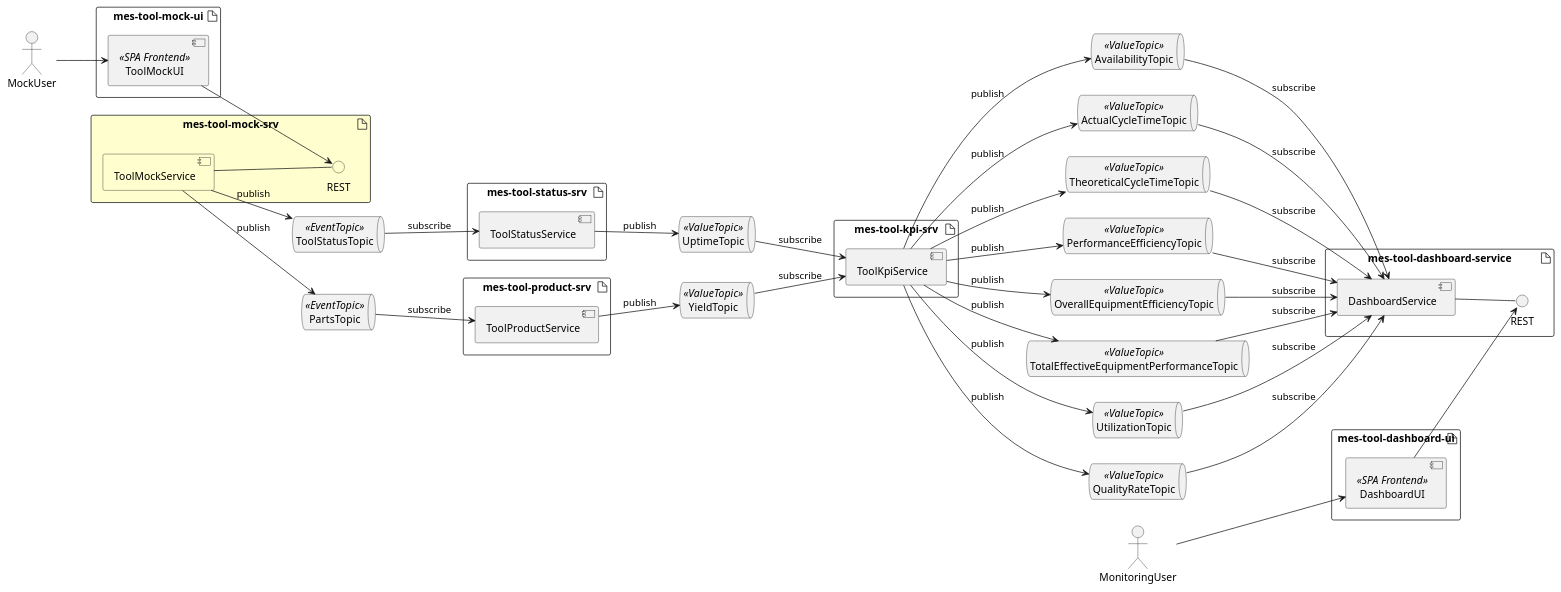
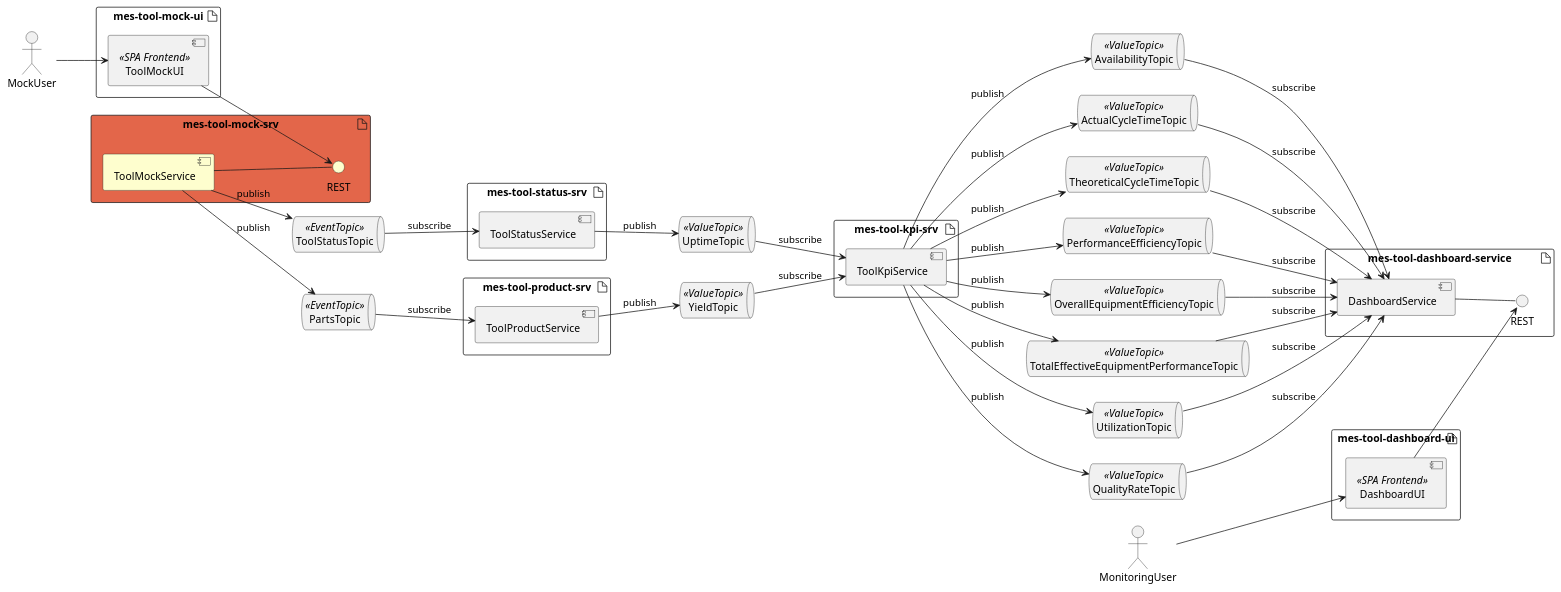
Before and after one commit to onouv/mes-tool-mock-srv: the diagram in doc/domain/deployment.puml, drawn with PlantUML.

```diff
--- a/doc/domain/deployment.puml
+++ b/doc/domain/deployment.puml
@@ -1,92 +1,92 @@
 @startuml
 left to right direction
 
 artifact "mes-tool-mock-ui" {
     component ToolMockUI <<SPA Frontend>>
 
 }
 
-artifact "mes-tool-mock-srv" #FEFECE {
+artifact "mes-tool-mock-srv" #E3664A {
     component ToolMockService #FEFECE
     interface REST as rest2 #FEFECE
     ToolMockService -- rest2
 }
 
 actor MockUser
 
 queue ToolStatusTopic <<EventTopic>>
 queue PartsTopic <<EventTopic>>
 queue UptimeTopic <<ValueTopic>>
 queue YieldTopic <<ValueTopic>>
 
 artifact "mes-tool-status-srv" {
     component ToolStatusService
 }
 
 artifact "mes-tool-product-srv" {
     component ToolProductService
 }
 
 artifact "mes-tool-kpi-srv" {
     component ToolKpiService
 }
 
 artifact "mes-tool-dashboard-service" {
     component DashboardService
 
     interface REST as rest3
     DashboardService -- rest3
 }
 
 artifact "mes-tool-dashboard-ui" {
     component DashboardUI <<SPA Frontend>>
 }
 
 actor MonitoringUser
 
 queue AvailabilityTopic <<ValueTopic>>
 queue ActualCycleTimeTopic <<ValueTopic>>
 queue TheoreticalCycleTimeTopic <<ValueTopic>>
 queue PerformanceEfficiencyTopic <<ValueTopic>>
 queue OverallEquipmentEfficiencyTopic <<ValueTopic>>
 queue TotalEffectiveEquipmentPerformanceTopic <<ValueTopic>>
 queue UtilizationTopic <<ValueTopic>>
 queue QualityRateTopic <<ValueTopic>>
 
 MockUser --> ToolMockUI
 ToolMockUI --> rest2
 
 ToolMockService --> ToolStatusTopic: publish
 ToolMockService --> PartsTopic: publish
 
 ToolProductService --> YieldTopic: publish
 PartsTopic --> ToolProductService: subscribe
 
 ToolStatusService --> UptimeTopic: publish
 ToolStatusTopic --> ToolStatusService: subscribe
 
 UptimeTopic --> ToolKpiService: subscribe
 YieldTopic --> ToolKpiService: subscribe
 
 ToolKpiService --> AvailabilityTopic: publish
 ToolKpiService --> ActualCycleTimeTopic: publish
 ToolKpiService --> TheoreticalCycleTimeTopic: publish
 ToolKpiService --> PerformanceEfficiencyTopic: publish
 ToolKpiService --> OverallEquipmentEfficiencyTopic: publish
 ToolKpiService --> TotalEffectiveEquipmentPerformanceTopic: publish
 ToolKpiService --> UtilizationTopic: publish
 ToolKpiService --> QualityRateTopic: publish
 
 AvailabilityTopic --> DashboardService: subscribe
 ActualCycleTimeTopic --> DashboardService: subscribe
 TheoreticalCycleTimeTopic --> DashboardService: subscribe
 PerformanceEfficiencyTopic --> DashboardService: subscribe
 OverallEquipmentEfficiencyTopic --> DashboardService: subscribe
 TotalEffectiveEquipmentPerformanceTopic --> DashboardService: subscribe
 UtilizationTopic --> DashboardService: subscribe
 QualityRateTopic --> DashboardService: subscribe
 
 DashboardUI --> rest3
 MonitoringUser --> DashboardUI
 
 @enduml
```
